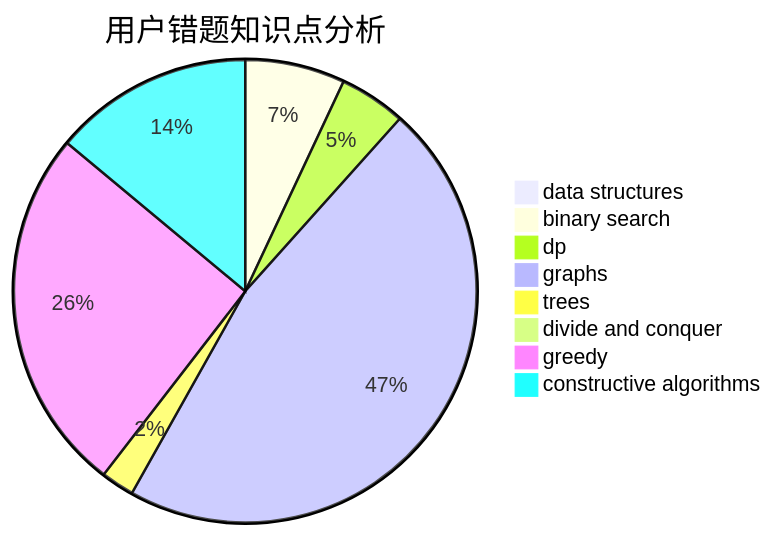
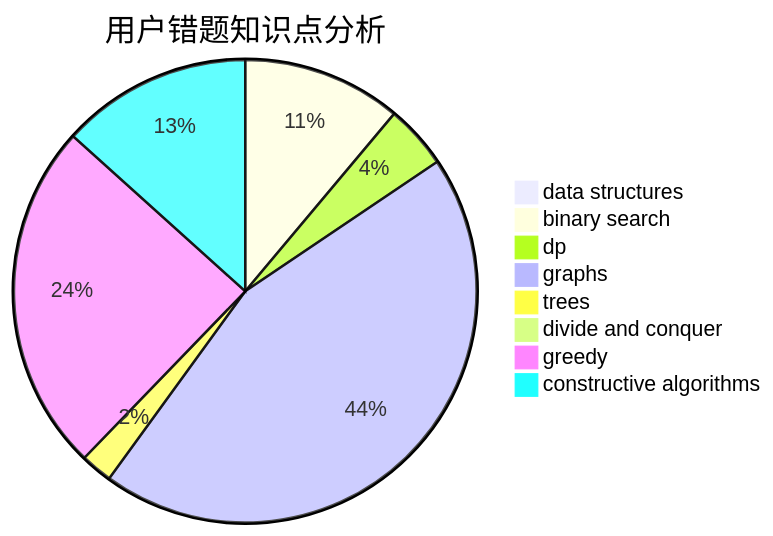
Before and after one commit to sherpahu/cfrs.github.io: the third of 3 diagrams in docs/user/u1747.md, drawn with Mermaid. The commit also changed other lines of this file and 2770 other files, not shown here.

````diff
--- a/docs/user/u1747.md
+++ b/docs/user/u1747.md
@@ -36,11 +36,11 @@
 ```mermaid
 pie title 用户错题知识点分析
     "data structures" :  0
-    "binary search" :  3
+    "binary search" :  5
     "dp" :  2
     "graphs" :  20
     "trees" :  1
     "divide and conquer" :  0
     "greedy" :  11
     "constructive algorithms" :  6
 ```
````
